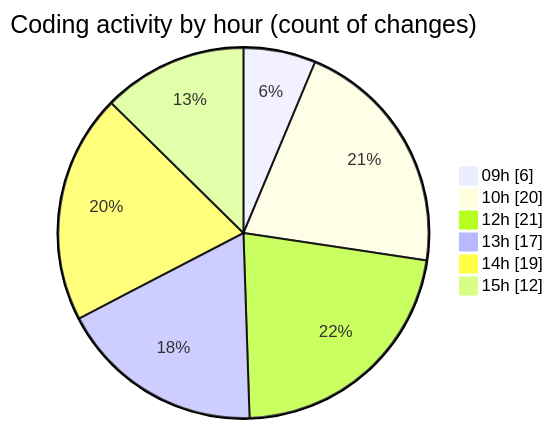
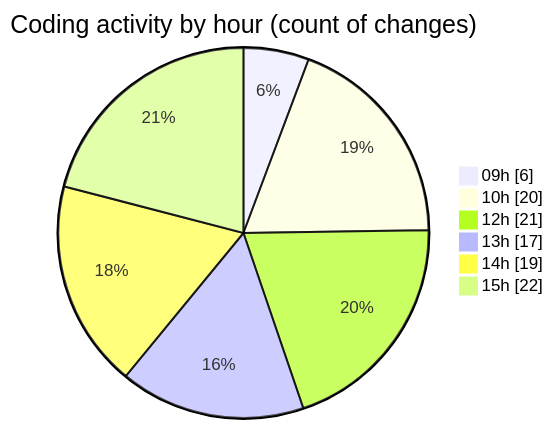
The second of 2 diagrams in 2026-02-18/bot_v1_2/README.md (becaeroporto-bot/code-tracking), drawn with Mermaid before and after one commit. The commit also changed other lines of this file and 1 other file, not shown here.

````diff
--- a/2026-02-18/bot_v1_2/README.md
+++ b/2026-02-18/bot_v1_2/README.md
@@ -55,10 +56,10 @@
 ```mermaid
 pie showData
 title Coding activity by hour (count of changes)
 "09h" : 6
 "10h" : 20
 "12h" : 21
 "13h" : 17
 "14h" : 19
-"15h" : 12
+"15h" : 22
 ```
````
